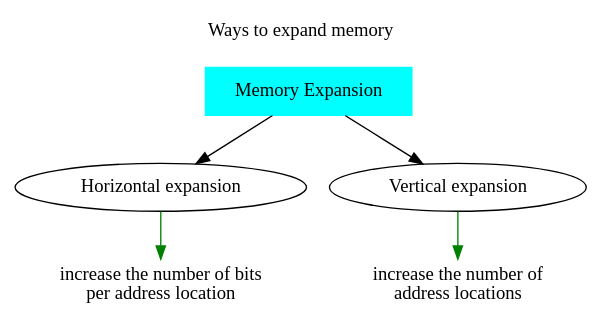
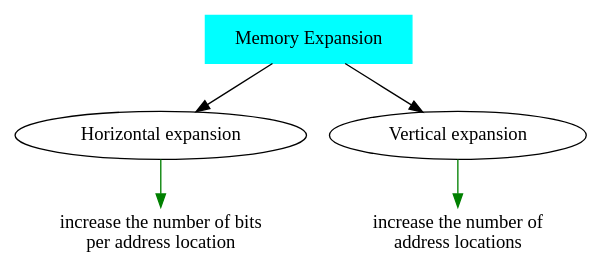
Before and after one commit to supremeimposter/My-Vault: the first of 2 diagrams in GATE/Computer-Organization-and-Architecture/Basic-components-of-computer-and-main-memory/Memory Interfacing and Expansion.md, drawn with Graphviz. The commit also changed other lines of this file and 6 other files, not shown here.

````diff
--- a/GATE/Computer-Organization-and-Architecture/Basic-components-of-computer-and-main-memory/Memory Interfacing and Expansion.md
+++ b/GATE/Computer-Organization-and-Architecture/Basic-components-of-computer-and-main-memory/Memory Interfacing and Expansion.md
@@ -43,17 +75,14 @@
 ```dot
 digraph G{
-	label = "Ways to expand memory\n\n";
-	labelloc = "t";
-
 	a [label = "Memory Expansion" shape="box" style="filled" color = "cyan"];
 	b [label = "Horizontal expansion"];
 	c [label = "Vertical expansion"];
 	d [label = "increase the number of bits\nper address location" shape="plaintext"];
 	e [label = "increase the number of \naddress locations" shape="plaintext"];
 
 	a -> b;
 	a -> c;
 	b -> d [color = green, style=filled];
 	c -> e [color = green, style=filled];
 }
 ```
````
